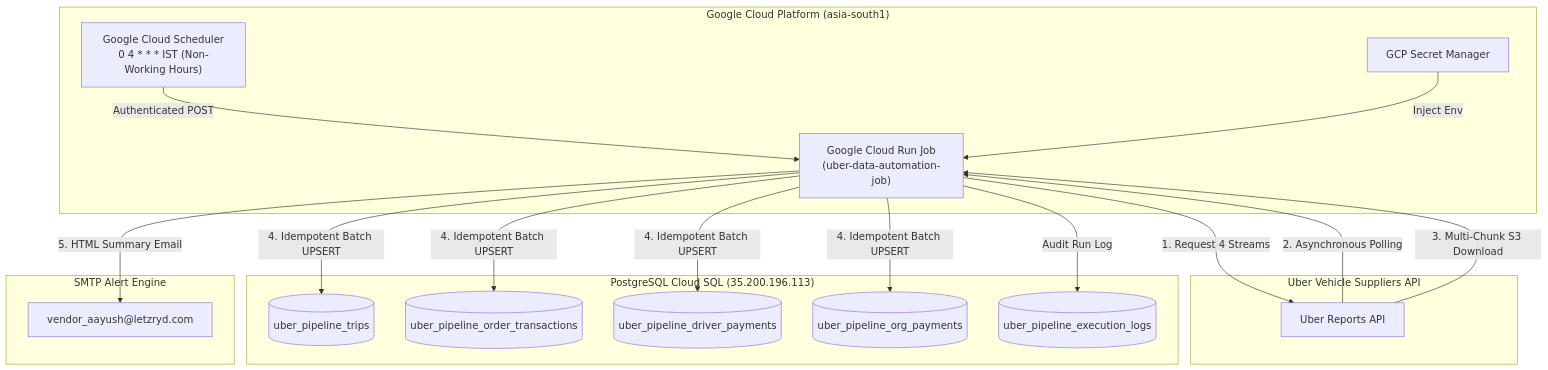
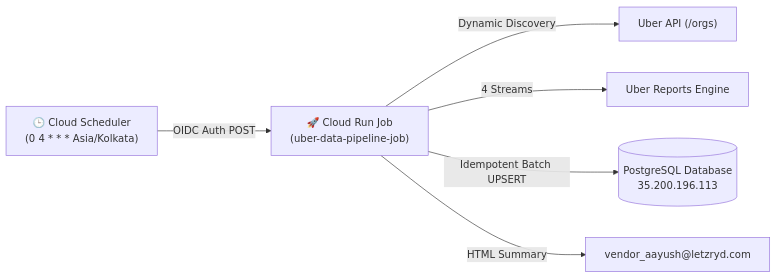
The diagram in README.md (aayush-letzryd/uber), drawn with Mermaid before and after one commit. The commit also changed other lines of this file, not shown here.

Commit message:
docs: Update README with dynamic discovery, Cloud Run execution commands, and operations runbook

````diff
--- a/README.md
+++ b/README.md
@@ -11,25 +23,8 @@
 ```mermaid
-flowchart TD
-    subgraph GCP ["Google Cloud Platform (asia-south1)"]
-        SCHED["Google Cloud Scheduler<br/>0 4 * * * IST (Non-Working Hours)"] -->|Authenticated POST| CR["Google Cloud Run Job<br/>(uber-data-automation-job)"]
-        SEC["GCP Secret Manager"] -->|Inject Env| CR
-    end
-
-    subgraph UBER_API ["Uber Vehicle Suppliers API"]
-        CR -->|1. Request 4 Streams| U["Uber Reports API"]
-        U -->|2. Asynchronous Polling| CR
-        U -->|3. Multi-Chunk S3 Download| CR
-    end
-
-    subgraph DB ["PostgreSQL Cloud SQL (35.200.196.113)"]
-        CR -->|4. Idempotent Batch UPSERT| T1[("uber_pipeline_trips")]
-        CR -->|4. Idempotent Batch UPSERT| T2[("uber_pipeline_order_transactions")]
-        CR -->|4. Idempotent Batch UPSERT| T3[("uber_pipeline_driver_payments")]
-        CR -->|4. Idempotent Batch UPSERT| T4[("uber_pipeline_org_payments")]
-        CR -->|Audit Run Log| L[("uber_pipeline_execution_logs")]
-    end
-
-    subgraph ALERTS ["SMTP Alert Engine"]
-        CR -->|5. HTML Summary Email| E["vendor_aayush@letzryd.com"]
-    end
+flowchart LR
+    SCHED["🕒 Cloud Scheduler<br/>(0 4 * * * Asia/Kolkata)"] -->|OIDC Auth POST| CR_JOB["🚀 Cloud Run Job<br/>(uber-data-pipeline-job)"]
+    CR_JOB -->|Dynamic Discovery| ORGS["Uber API (/orgs)"]
+    CR_JOB -->|4 Streams| REPORTS["Uber Reports Engine"]
+    CR_JOB -->|Idempotent Batch UPSERT| DB[("PostgreSQL Database<br/>35.200.196.113")]
+    CR_JOB -->|HTML Summary| EMAIL["vendor_aayush@letzryd.com"]
 ```
````
